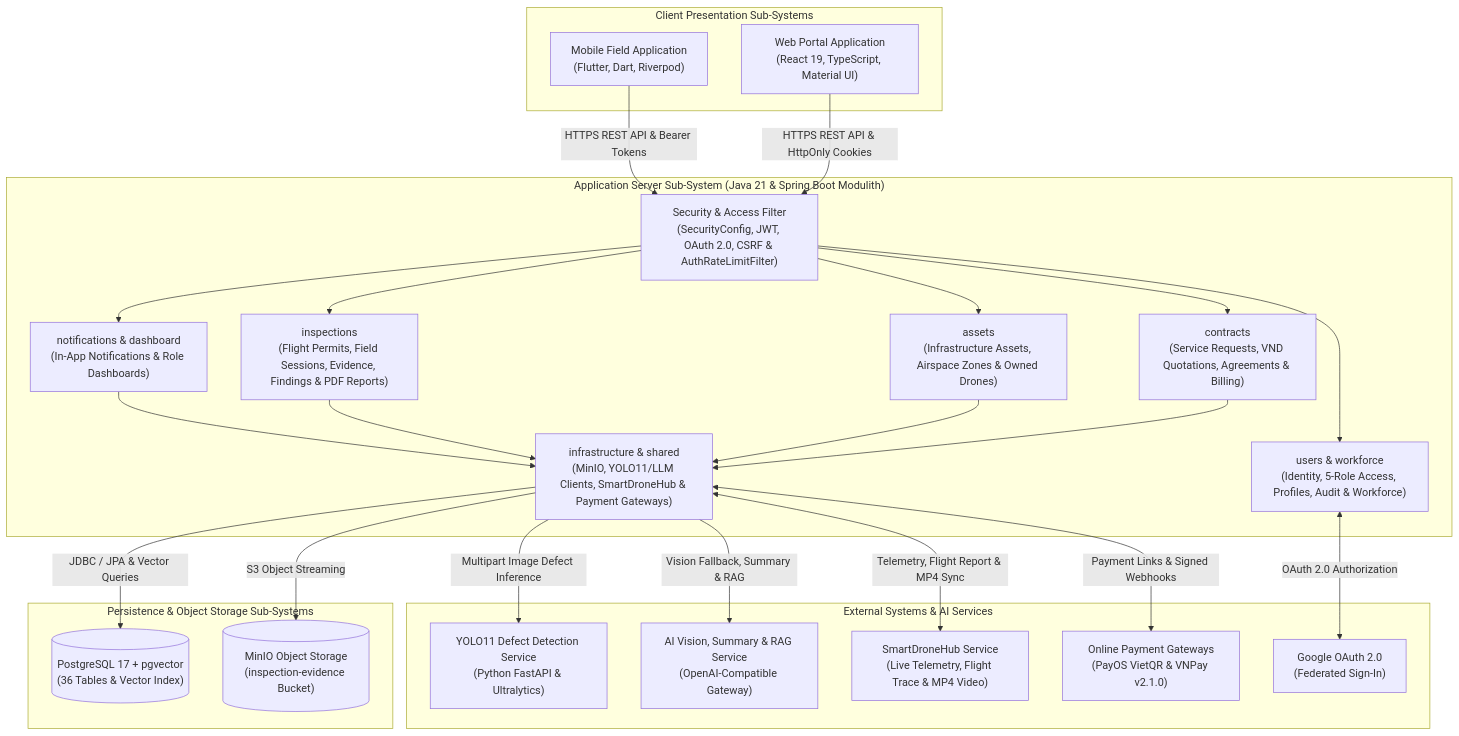
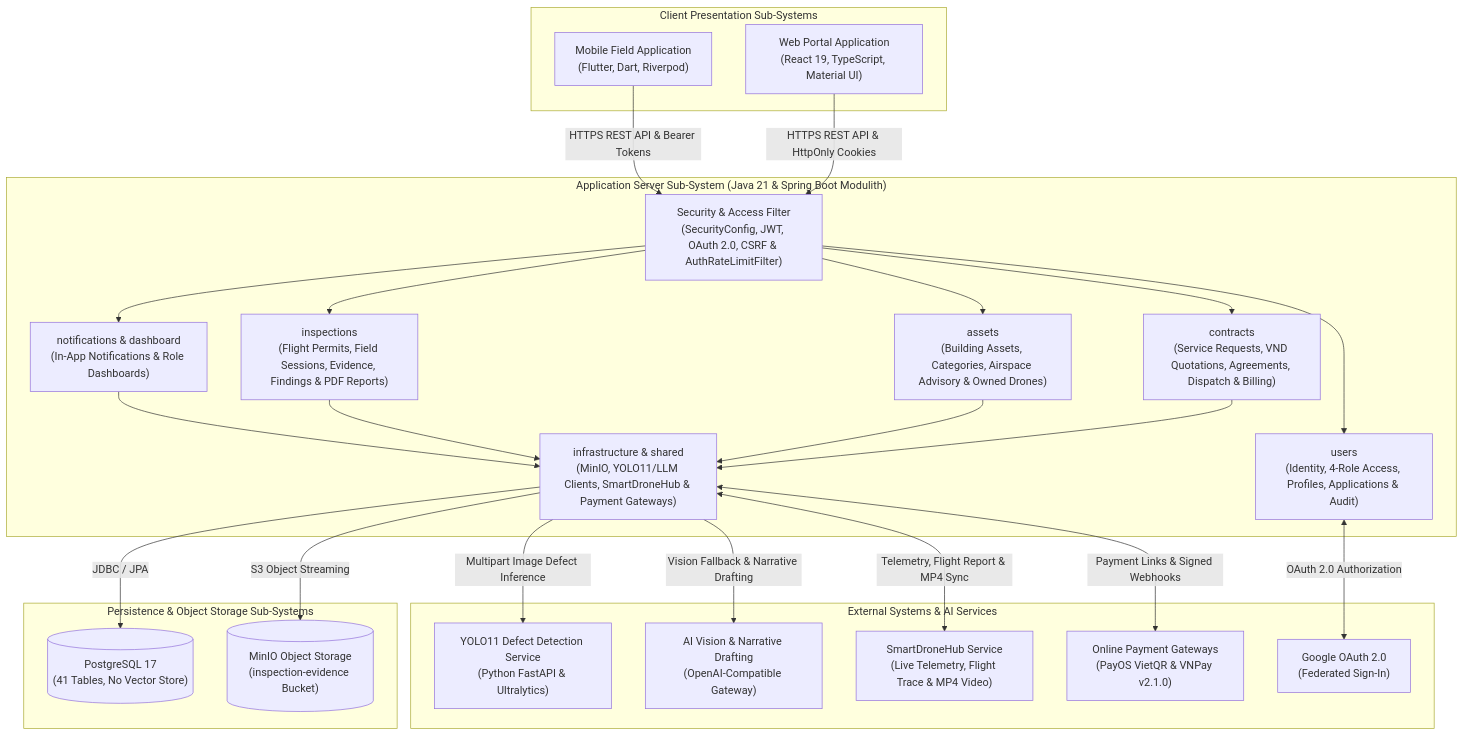
One commit to tungbach12/SmartDroneInspection-Docs changed the first of 4 diagrams in reports/report-4-software-design-document/01-system-design.md. Above: the diagram before and after it, drawn with Mermaid. The commit also changed other lines of this file and 375 other files, not shown here.

````diff
--- a/reports/report-4-software-design-document/01-system-design.md
+++ b/reports/report-4-software-design-document/01-system-design.md
@@ -20,53 +18,53 @@
 ```mermaid
 %% title: System Architecture Diagram
 flowchart TD
   subgraph Clients["Client Presentation Sub-Systems"]
     CLIENT_WEB["Web Portal Application\n(React 19, TypeScript, Material UI)"]
     CLIENT_MOB["Mobile Field Application\n(Flutter, Dart, Riverpod)"]
   end
 
   subgraph Backend["Application Server Sub-System (Java 21 & Spring Boot Modulith)"]
     SEC_FILTER["Security & Access Filter\n(SecurityConfig, JWT, OAuth 2.0, CSRF & AuthRateLimitFilter)"]
-    MOD_USERS["users & workforce\n(Identity, 5-Role Access, Profiles, Audit & Workforce)"]
-    MOD_CONTRACTS["contracts\n(Service Requests, VND Quotations, Agreements & Billing)"]
-    MOD_ASSETS["assets\n(Infrastructure Assets, Airspace Zones & Owned Drones)"]
+    MOD_USERS["users\n(Identity, 4-Role Access, Profiles, Applications & Audit)"]
+    MOD_CONTRACTS["contracts\n(Service Requests, VND Quotations, Agreements, Dispatch & Billing)"]
+    MOD_ASSETS["assets\n(Building Assets, Categories, Airspace Advisory & Owned Drones)"]
     MOD_INSP["inspections\n(Flight Permits, Field Sessions, Evidence, Findings & PDF Reports)"]
     MOD_NOTIF["notifications & dashboard\n(In-App Notifications & Role Dashboards)"]
     MOD_INFRA["infrastructure & shared\n(MinIO, YOLO11/LLM Clients, SmartDroneHub & Payment Gateways)"]
   end
 
   subgraph DataAndStorage["Persistence & Object Storage Sub-Systems"]
-    DB_PG[("PostgreSQL 17 + pgvector\n(36 Tables & Vector Index)")]
+    DB_PG[("PostgreSQL 17\n(41 Tables, No Vector Store)")]
     STORE_MINIO[("MinIO Object Storage\n(inspection-evidence Bucket)")]
   end
 
   subgraph ExternalAndAI["External Systems & AI Services"]
     AI_SERVICE["YOLO11 Defect Detection Service\n(Python FastAPI & Ultralytics)"]
-    LLM_GATEWAY["AI Vision, Summary & RAG Service\n(OpenAI-Compatible Gateway)"]
+    LLM_GATEWAY["AI Vision & Narrative Drafting\n(OpenAI-Compatible Gateway)"]
     DRONE_HUB["SmartDroneHub Service\n(Live Telemetry, Flight Trace & MP4 Video)"]
     PAY_GATEWAY["Online Payment Gateways\n(PayOS VietQR & VNPay v2.1.0)"]
     GOOGLE_OAUTH["Google OAuth 2.0\n(Federated Sign-In)"]
   end
 
   CLIENT_WEB -->|"HTTPS REST API & HttpOnly Cookies"| SEC_FILTER
   CLIENT_MOB -->|"HTTPS REST API & Bearer Tokens"| SEC_FILTER
 
   SEC_FILTER --> MOD_USERS
   SEC_FILTER --> MOD_CONTRACTS
   SEC_FILTER --> MOD_ASSETS
   SEC_FILTER --> MOD_INSP
   SEC_FILTER --> MOD_NOTIF
 
   MOD_CONTRACTS --> MOD_INFRA
   MOD_ASSETS --> MOD_INFRA
   MOD_INSP --> MOD_INFRA
   MOD_NOTIF --> MOD_INFRA
 
-  MOD_INFRA -->|"JDBC / JPA & Vector Queries"| DB_PG
+  MOD_INFRA -->|"JDBC / JPA"| DB_PG
   MOD_INFRA -->|"S3 Object Streaming"| STORE_MINIO
   MOD_INFRA -->|"Multipart Image Defect Inference"| AI_SERVICE
-  MOD_INFRA -->|"Vision Fallback, Summary & RAG"| LLM_GATEWAY
+  MOD_INFRA -->|"Vision Fallback & Narrative Drafting"| LLM_GATEWAY
   MOD_INFRA <-->|"Telemetry, Flight Report & MP4 Sync"| DRONE_HUB
   MOD_INFRA <-->|"Payment Links & Signed Webhooks"| PAY_GATEWAY
   MOD_USERS <-->|"OAuth 2.0 Authorization"| GOOGLE_OAUTH
 ```
````
